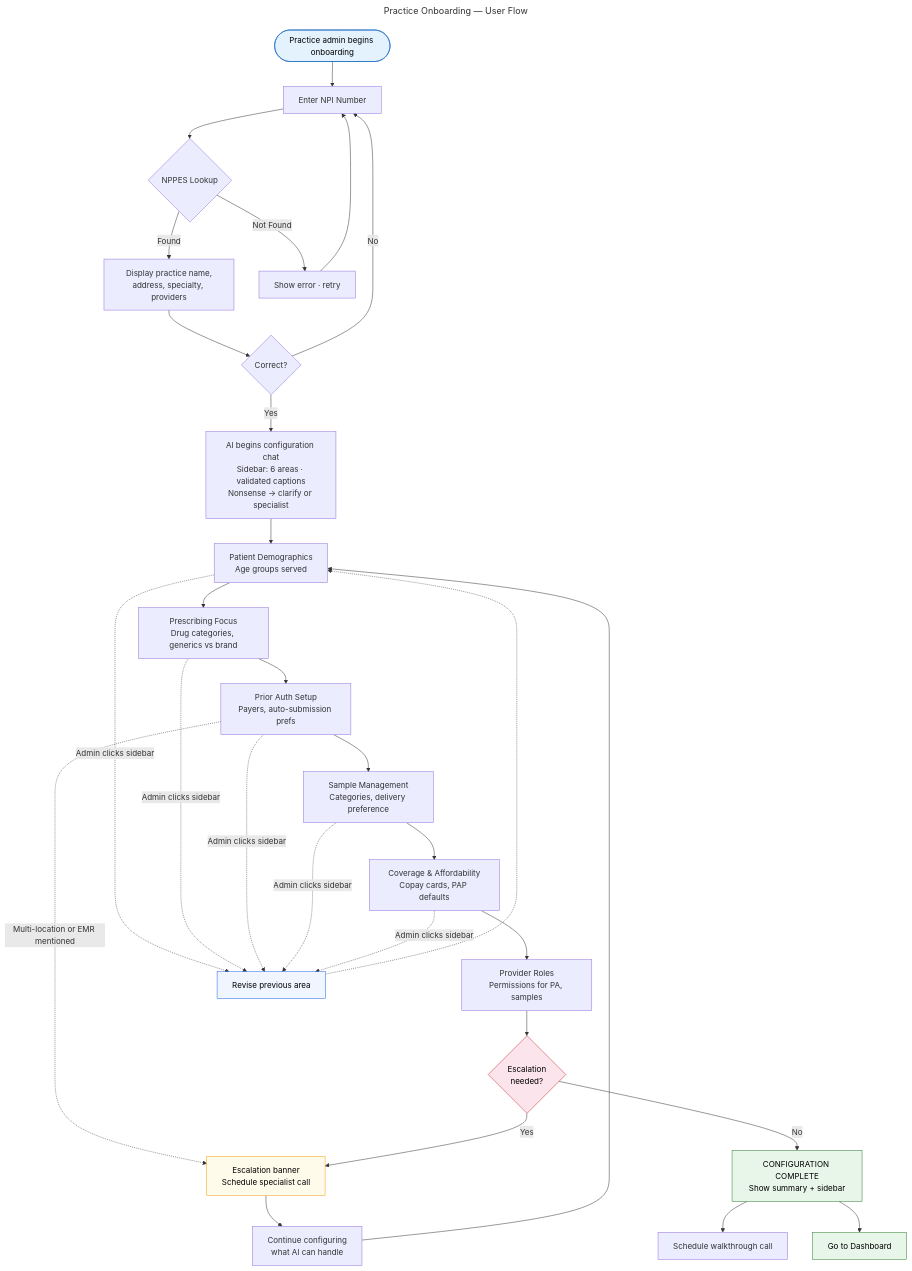
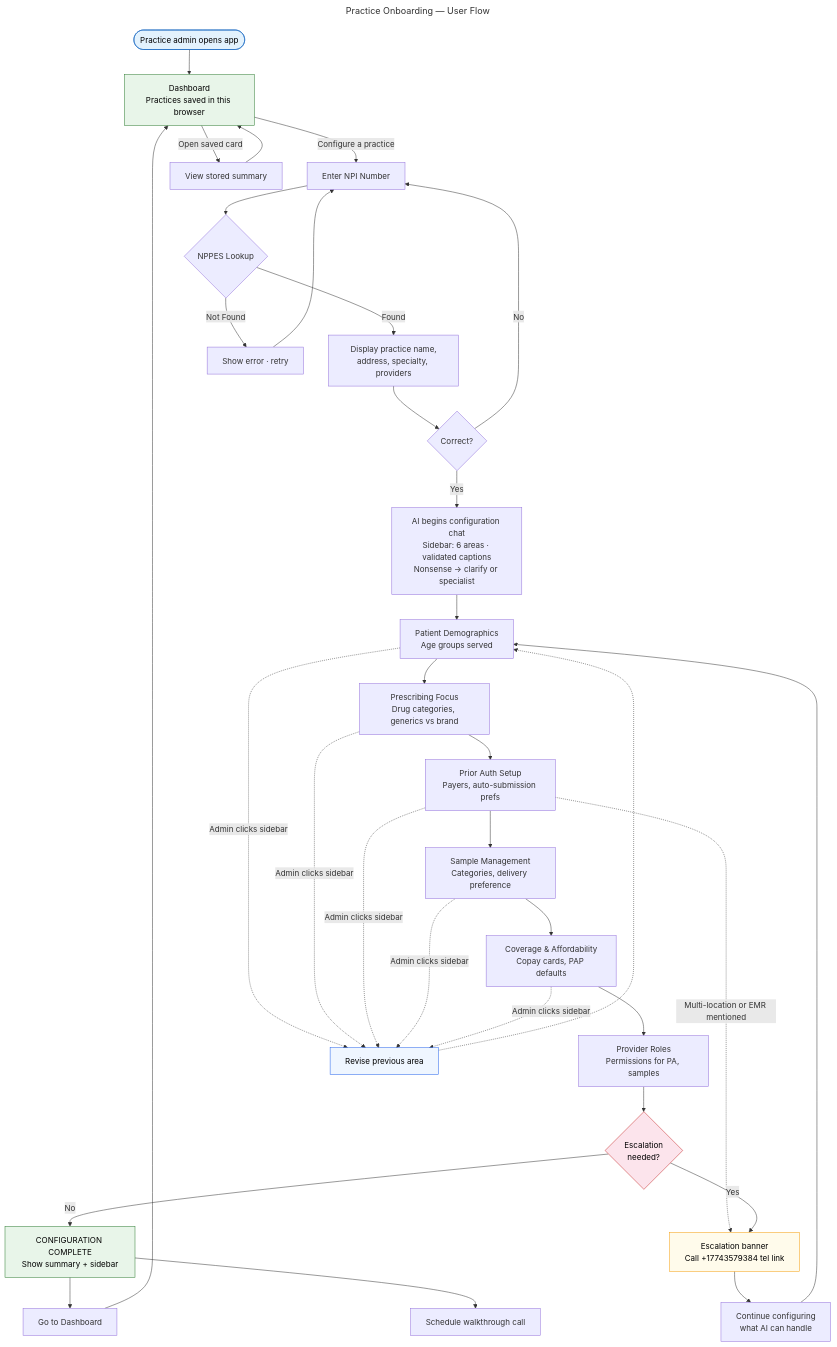
The diagram in docs/user-flow.mermaid (mmoussaif/prescriberAI), drawn with Mermaid before and after one commit. The commit also changed 11 other files, not shown here.

First line of the commit message:
Docs, diagrams, tests README; tighten localStorage account validation

```diff
--- a/docs/user-flow.mermaid
+++ b/docs/user-flow.mermaid
@@ -1,46 +1,50 @@
 ---
 title: Practice Onboarding — User Flow
 ---
 
 flowchart TD
-    Start([Practice admin begins onboarding]) --> NPI[Enter NPI Number]
+    Start([Practice admin opens app]) --> Dash[Dashboard<br/>Practices saved in this browser]
+    Dash -->|Configure a practice| NPI[Enter NPI Number]
+    Dash -->|Open saved card| ViewSum[View stored summary]
+    ViewSum --> Dash
     NPI --> Lookup{NPPES Lookup}
     Lookup -->|Found| Show[Display practice name,<br/>address, specialty, providers]
     Lookup -->|Not Found| Retry[Show error · retry]
     Retry --> NPI
 
     Show --> Confirm{Correct?}
     Confirm -->|No| NPI
     Confirm -->|Yes| Config_Start[AI begins configuration chat<br/>Sidebar: 6 areas · validated captions<br/>Nonsense → clarify or specialist]
 
     Config_Start --> Q1[Patient Demographics<br/>Age groups served]
     Q1 --> Q2[Prescribing Focus<br/>Drug categories, generics vs brand]
     Q2 --> Q3[Prior Auth Setup<br/>Payers, auto-submission prefs]
     Q3 --> Q4[Sample Management<br/>Categories, delivery preference]
     Q4 --> Q5[Coverage & Affordability<br/>Copay cards, PAP defaults]
     Q5 --> Q6[Provider Roles<br/>Permissions for PA, samples]
 
     Q1 -.->|Admin clicks sidebar| Revise[Revise previous area]
     Q2 -.->|Admin clicks sidebar| Revise
     Q3 -.->|Admin clicks sidebar| Revise
     Q4 -.->|Admin clicks sidebar| Revise
     Q5 -.->|Admin clicks sidebar| Revise
     Revise -.-> Q1
 
     Q3 -.->|Multi-location or EMR mentioned| Escalate
     Q6 --> Check{Escalation<br/>needed?}
     Check -->|No| Complete[CONFIGURATION COMPLETE<br/>Show summary + sidebar]
-    Check -->|Yes| Escalate[Escalation banner<br/>Schedule specialist call]
+    Check -->|Yes| Escalate[Escalation banner<br/>Call +17743579384 tel link]
 
     Escalate --> Continue[Continue configuring<br/>what AI can handle]
     Continue --> Q1
 
-    Complete --> Dashboard[Go to Dashboard]
+    Complete --> DashBtn[Go to Dashboard]
+    DashBtn --> Dash
     Complete --> Schedule[Schedule walkthrough call]
 
     style Start fill:#E3F2FD,stroke:#1565C0,color:#000
+    style Dash fill:#E8F5E9,stroke:#2E7D32,color:#000
     style Complete fill:#E8F5E9,stroke:#2E7D32,color:#000
     style Escalate fill:#FFFBEB,stroke:#F59E0B,color:#000
-    style Dashboard fill:#E8F5E9,stroke:#2E7D32,color:#000
     style Revise fill:#EFF6FF,stroke:#2563EB,color:#000
     style Check fill:#FCE4EC,stroke:#C62828,color:#000
```
